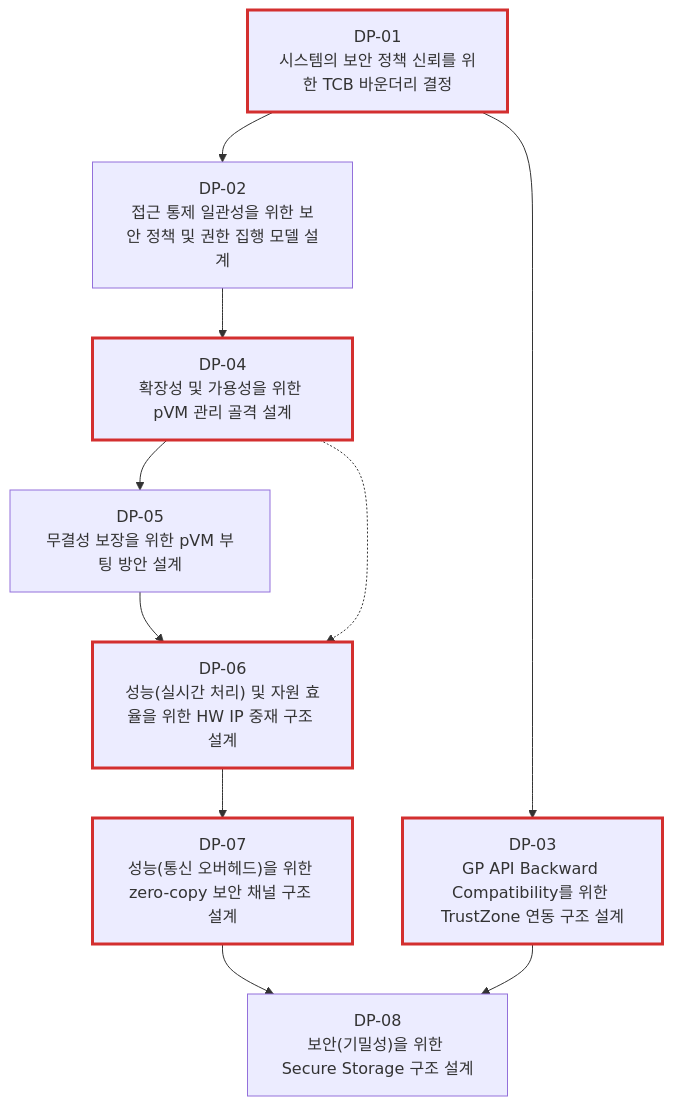
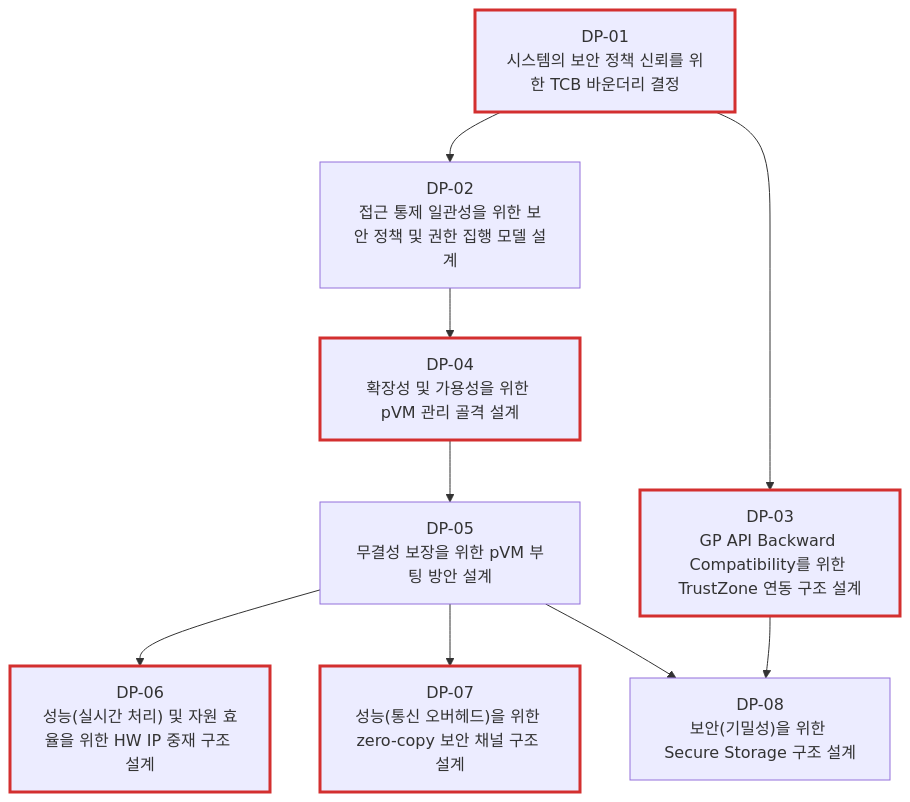
One commit to boram1288/test-p changed the diagram in docs/05_design_points.md. Above: the diagram before and after it, drawn with Mermaid. The commit also changed other lines of this file, not shown here.

Commit message:
DP 다이어그램을 설계 순서 그래프로 재정의하고 간선 정리
- 범례: 간선 의미를 의존성 -> 설계 순서로 변경
- 간선 변경(다이어그램만): DP-04⇢DP-06 삭제, DP-06→DP-07 삭제,
  DP-07→DP-08 삭제, DP-05→DP-07 추가, DP-05→DP-08 추가
- 결과: DP-05(부팅) 이후 DP-06/DP-07/DP-08 설계, DP-08은 DP-03도 선행
- 표 선행 DP 열과 본문 내용은 유지(간선만 수정)

````diff
--- a/docs/05_design_points.md
+++ b/docs/05_design_points.md
@@ -43,24 +43,23 @@
 ```mermaid
 flowchart TD
     DP01["DP-01<br/>시스템의 보안 정책 신뢰를 위한 TCB 바운더리 결정"]
     DP02["DP-02<br/>접근 통제 일관성을 위한 보안 정책 및 권한 집행 모델 설계"]
     DP03["DP-03<br/>GP API Backward Compatibility를 위한 TrustZone 연동 구조 설계"]
     DP04["DP-04<br/>확장성 및 가용성을 위한 pVM 관리 골격 설계"]
     DP05["DP-05<br/>무결성 보장을 위한 pVM 부팅 방안 설계"]
     DP06["DP-06<br/>성능(실시간 처리) 및 자원 효율을 위한 HW IP 중재 구조 설계"]
     DP07["DP-07<br/>성능(통신 오버헤드)을 위한 zero-copy 보안 채널 구조 설계"]
     DP08["DP-08<br/>보안(기밀성)을 위한 Secure Storage 구조 설계"]
 
     classDef tLinked stroke:#d32f2f,stroke-width:3px
     class DP01,DP03,DP04,DP06,DP07 tLinked
 
     DP01 --> DP02
     DP01 --> DP03
     DP02 --> DP04
     DP04 --> DP05
     DP05 --> DP06
-    DP06 --> DP07
-    DP07 --> DP08
+    DP05 --> DP07
+    DP05 --> DP08
     DP03 --> DP08
-    DP04 -.-> DP06
 ```
````
